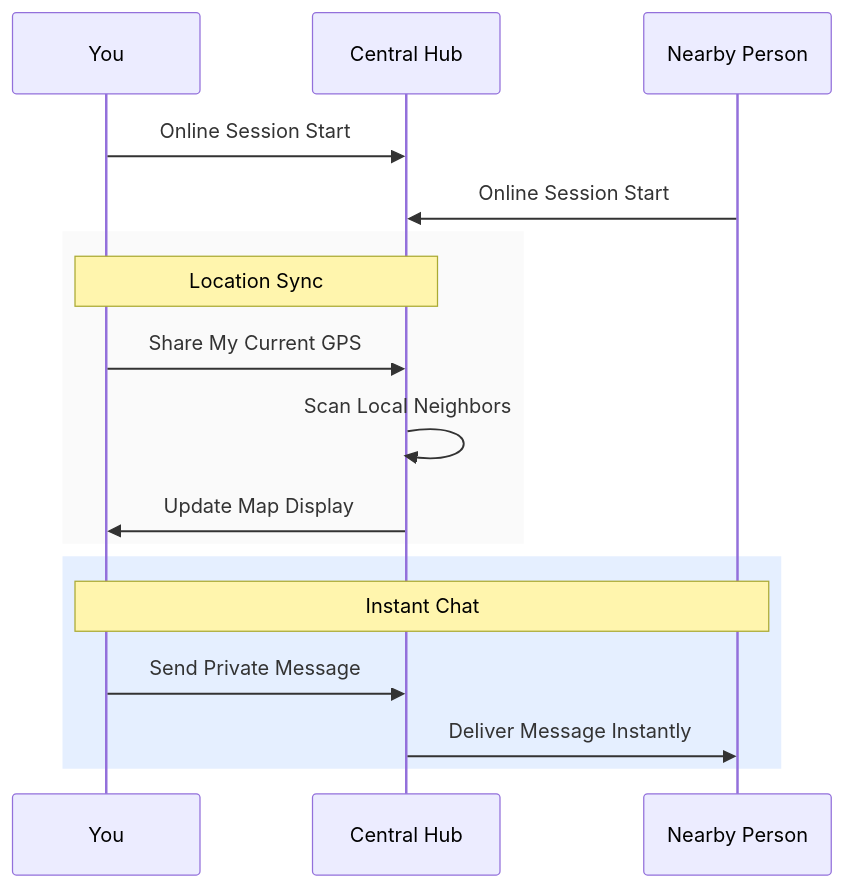
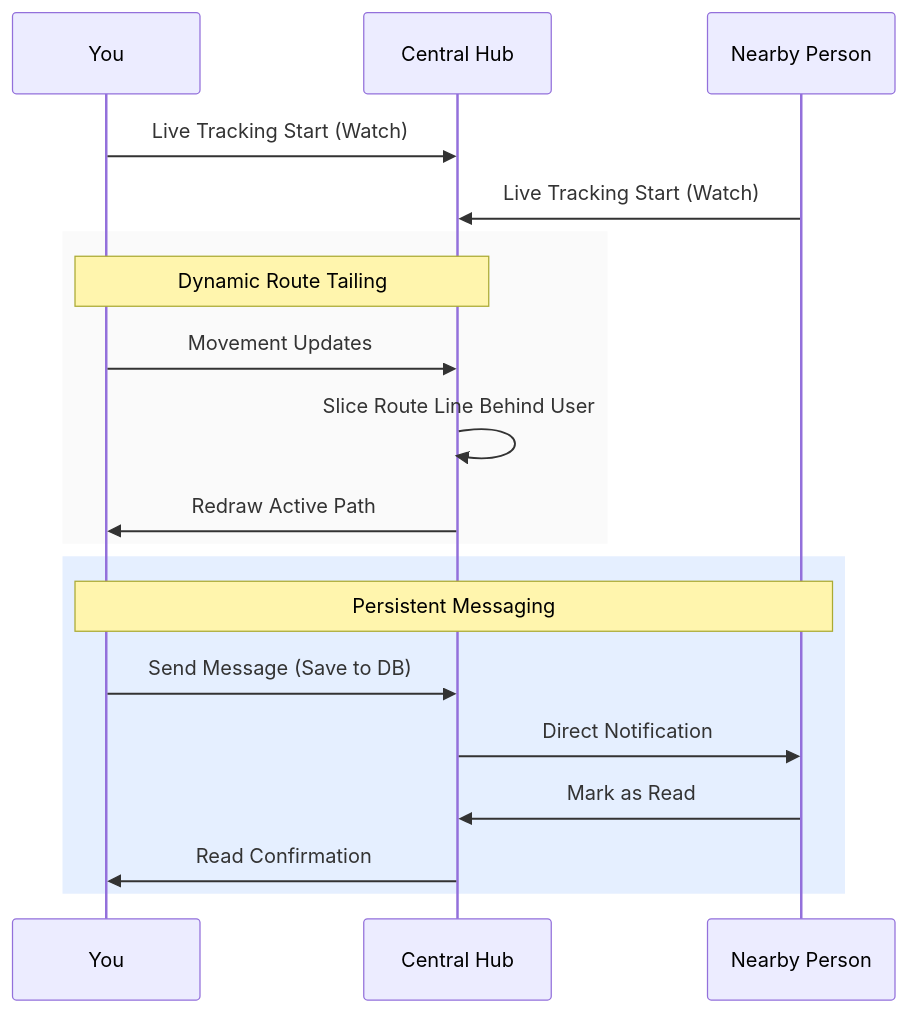
The seventh of 8 diagrams in docs/DIAGRAMS.md (Akash-Veerla/Demographic), drawn with Mermaid before and after one commit. The commit also changed other lines of this file, not shown here.

Commit message:
System Diagrams Update

````diff
--- a/docs/DIAGRAMS.md
+++ b/docs/DIAGRAMS.md
@@ -188,22 +200,24 @@
 ```mermaid
 sequenceDiagram
     participant Me as You
     participant Hub as Central Hub
     participant Peer as Nearby Person
 
-    Me->>Hub: Online Session Start
-    Peer->>Hub: Online Session Start
+    Me->>Hub: Live Tracking Start (Watch)
+    Peer->>Hub: Live Tracking Start (Watch)
 
     rect rgba(200, 200, 200, 0.1)
-    Note over Me, Hub: Location Sync
-    Me->>Hub: Share My Current GPS
-    Hub->>Hub: Scan Local Neighbors
-    Hub->>Me: Update Map Display
+    Note over Me, Hub: Dynamic Route Tailing
+    Me->>Hub: Movement Updates
+    Hub->>Hub: Slice Route Line Behind User
+    Hub->>Me: Redraw Active Path
     end
 
     rect rgba(0, 100, 255, 0.1)
-    Note over Me, Peer: Instant Chat
-    Me->>Hub: Send Private Message
-    Hub->>Peer: Deliver Message Instantly
+    Note over Me, Peer: Persistent Messaging
+    Me->>Hub: Send Message (Save to DB)
+    Hub->>Peer: Direct Notification
+    Peer->>Hub: Mark as Read
+    Hub->>Me: Read Confirmation
     end
 ```
````
